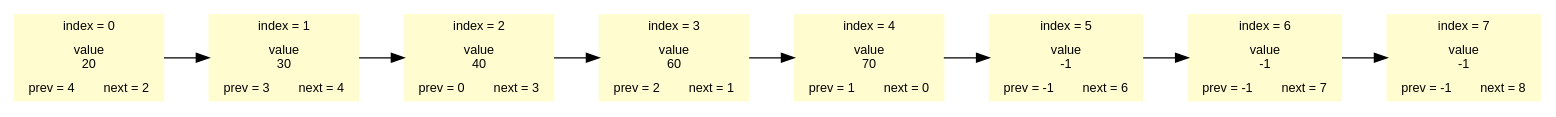
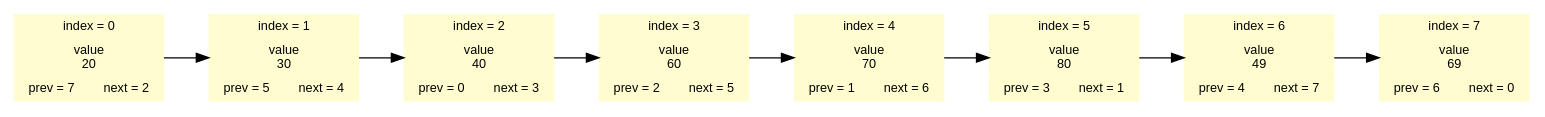
Before and after one commit to aidenfmunro/LinkedList: the diagram in GraphDump.dot, drawn with Graphviz. The commit also changed 4 other files, not shown here.

```diff
--- a/GraphDump.dot
+++ b/GraphDump.dot
@@ -1,15 +1,15 @@
 digraph
 {
 rankdir = LR;
 node [shape = record, color = "#fffdd0", fontname = helvetica, fontsize = 10];
 bgcolor = "#ffffff";
-NODE_0[style = "filled", fillcolor = "#fffdd0", label = "index = 0|value\n20|{prev = 4|next = 2}"];
-NODE_1[style = "filled", fillcolor = "#fffdd0", label = "index = 1|value\n30|{prev = 3|next = 4}"];
+NODE_0[style = "filled", fillcolor = "#fffdd0", label = "index = 0|value\n20|{prev = 7|next = 2}"];
+NODE_1[style = "filled", fillcolor = "#fffdd0", label = "index = 1|value\n30|{prev = 5|next = 4}"];
 NODE_2[style = "filled", fillcolor = "#fffdd0", label = "index = 2|value\n40|{prev = 0|next = 3}"];
-NODE_3[style = "filled", fillcolor = "#fffdd0", label = "index = 3|value\n60|{prev = 2|next = 1}"];
-NODE_4[style = "filled", fillcolor = "#fffdd0", label = "index = 4|value\n70|{prev = 1|next = 0}"];
-NODE_5[style = "filled", fillcolor = "#fffdd0", label = "index = 5|value\n-1|{prev = -1|next = 6}"];
-NODE_6[style = "filled", fillcolor = "#fffdd0", label = "index = 6|value\n-1|{prev = -1|next = 7}"];
-NODE_7[style = "filled", fillcolor = "#fffdd0", label = "index = 7|value\n-1|{prev = -1|next = 8}"];
+NODE_3[style = "filled", fillcolor = "#fffdd0", label = "index = 3|value\n60|{prev = 2|next = 5}"];
+NODE_4[style = "filled", fillcolor = "#fffdd0", label = "index = 4|value\n70|{prev = 1|next = 6}"];
+NODE_5[style = "filled", fillcolor = "#fffdd0", label = "index = 5|value\n80|{prev = 3|next = 1}"];
+NODE_6[style = "filled", fillcolor = "#fffdd0", label = "index = 6|value\n49|{prev = 4|next = 7}"];
+NODE_7[style = "filled", fillcolor = "#fffdd0", label = "index = 7|value\n69|{prev = 6|next = 0}"];
 NODE_0->NODE_1->NODE_2->NODE_3->NODE_4->NODE_5->NODE_6->NODE_7;
 }
```
